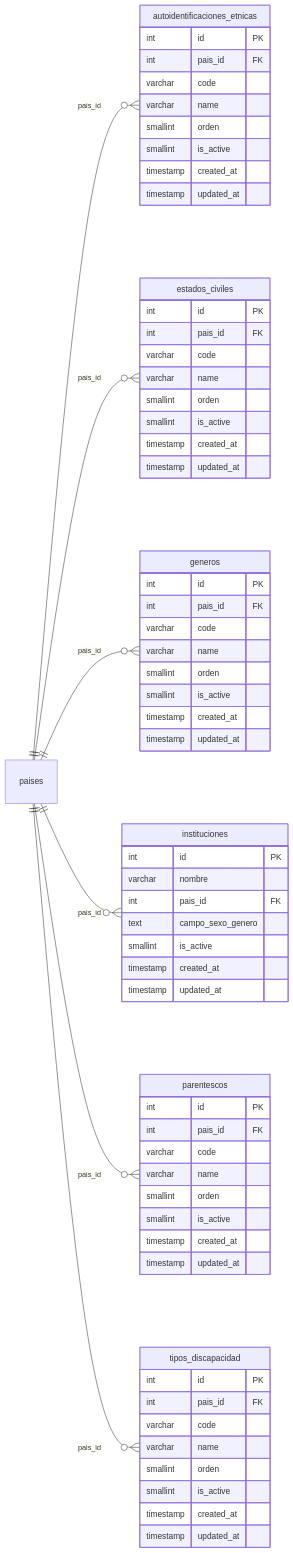
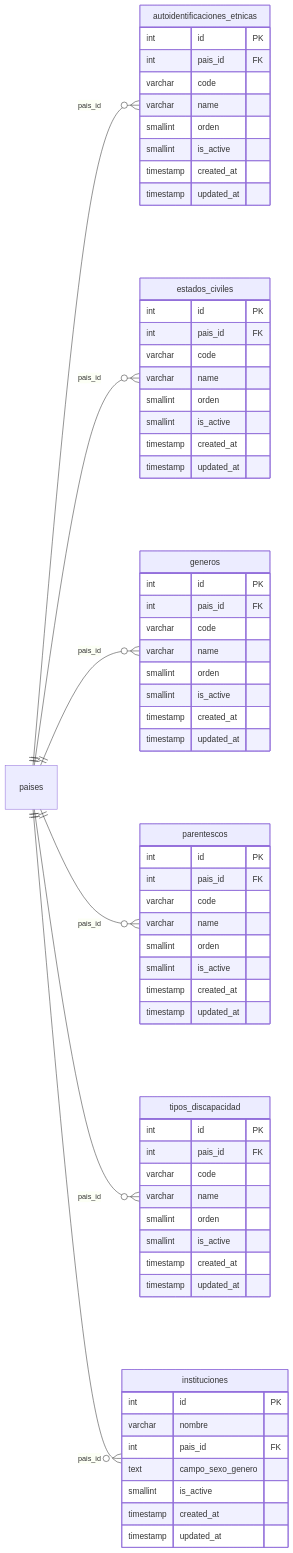
Before and after one commit to fresvel/deasy: the second of 11 diagrams in docs/src/content/docs/complemento/mapa-con-campos.md, drawn with Mermaid. The commit also changed other lines of this file and 20 other files, not shown here.

````diff
--- a/docs/src/content/docs/complemento/mapa-con-campos.md
+++ b/docs/src/content/docs/complemento/mapa-con-campos.md
@@ -133,70 +133,70 @@
 ```mermaid
 erDiagram
   %% generado por scripts/docs/gen-mapa-campos.mjs: no se edita a mano
   direction LR
   instituciones {
     int id PK
     varchar nombre
     int pais_id FK
     text campo_sexo_genero
     smallint is_active
     timestamp created_at
     timestamp updated_at
   }
   generos {
     int id PK
     int pais_id FK
     varchar code
     varchar name
     smallint orden
     smallint is_active
     timestamp created_at
     timestamp updated_at
   }
   estados_civiles {
     int id PK
     int pais_id FK
     varchar code
     varchar name
     smallint orden
     smallint is_active
     timestamp created_at
     timestamp updated_at
   }
   autoidentificaciones_etnicas {
     int id PK
     int pais_id FK
     varchar code
     varchar name
     smallint orden
     smallint is_active
     timestamp created_at
     timestamp updated_at
   }
   tipos_discapacidad {
     int id PK
     int pais_id FK
     varchar code
     varchar name
     smallint orden
     smallint is_active
     timestamp created_at
     timestamp updated_at
   }
   parentescos {
     int id PK
     int pais_id FK
     varchar code
     varchar name
     smallint orden
     smallint is_active
     timestamp created_at
     timestamp updated_at
   }
   paises ||--o{ autoidentificaciones_etnicas : "pais_id"
   paises ||--o{ estados_civiles : "pais_id"
   paises ||--o{ generos : "pais_id"
-  paises ||--o{ instituciones : "pais_id"
   paises ||--o{ parentescos : "pais_id"
   paises ||--o{ tipos_discapacidad : "pais_id"
+  paises ||--o{ instituciones : "pais_id"
 ```
````
